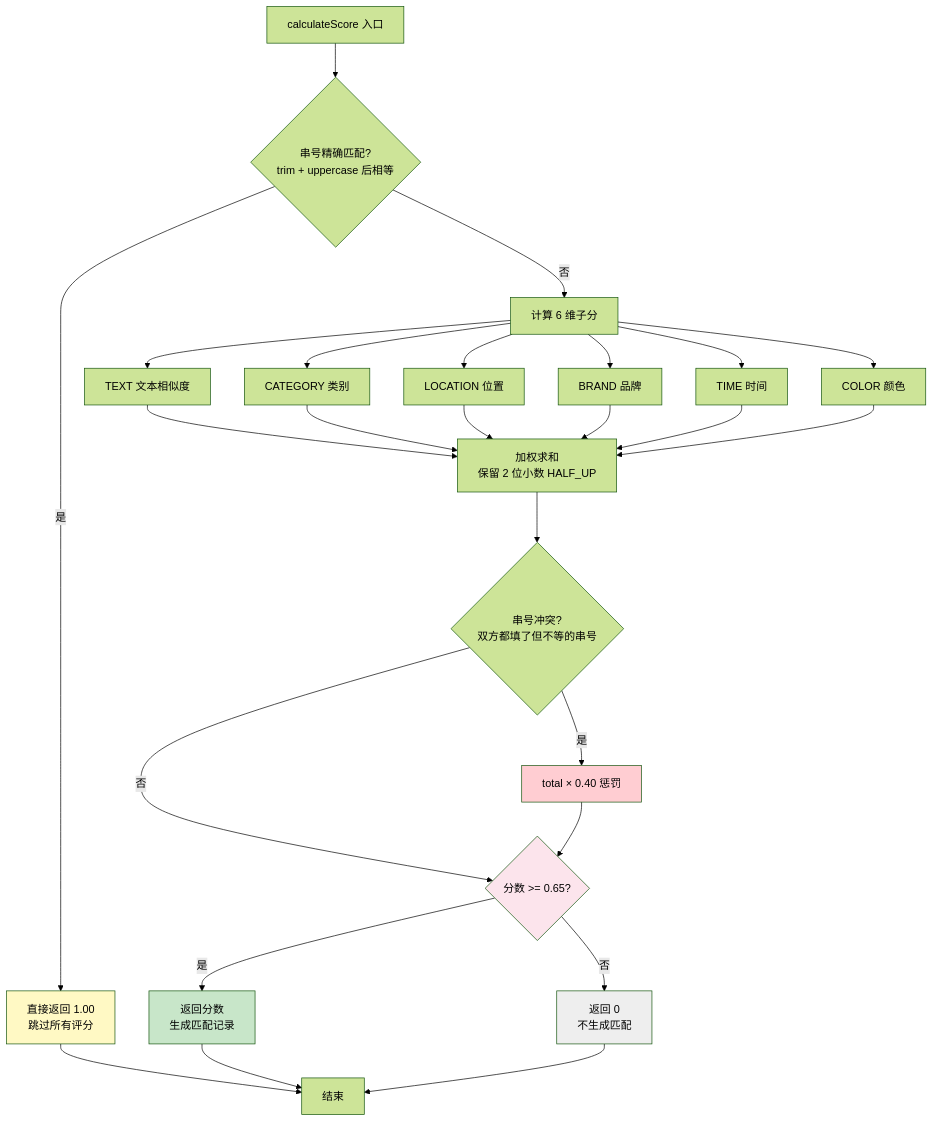
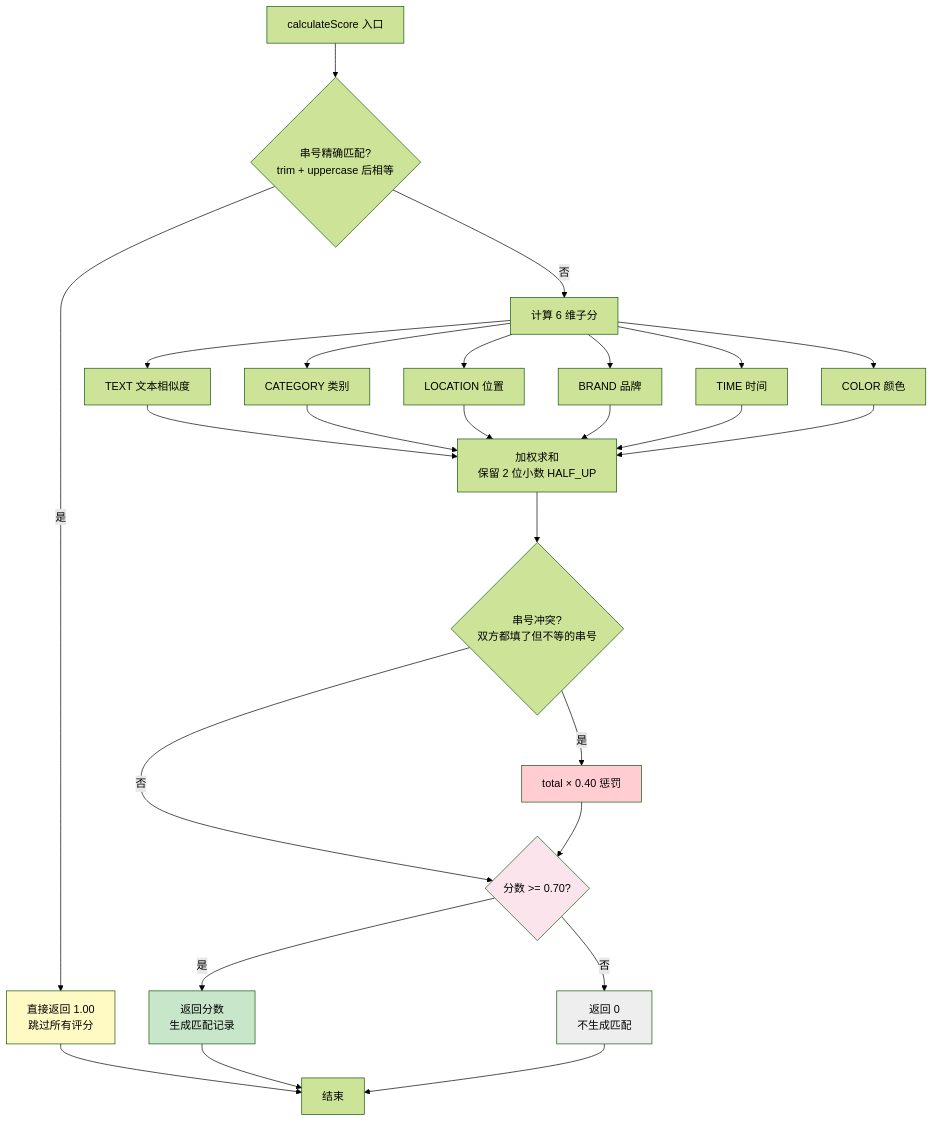
Before and after one commit to zwj-3193655211/campus-LostandFound: diagram 23 of 29 in docs/项目图表.md, drawn with Mermaid (forest theme). The commit also changed other lines of this file, not shown here.

````diff
--- a/docs/项目图表.md
+++ b/docs/项目图表.md
@@ -1117,38 +1095,38 @@
 ```mermaid
 flowchart TD
     Start[calculateScore 入口] --> Serial{串号精确匹配?<br/>trim + uppercase 后相等}
     Serial -->|是| Direct[直接返回 1.00<br/>跳过所有评分]
     Serial -->|否| Dim[计算 6 维子分]
 
     Dim --> S1[TEXT 文本相似度]
     Dim --> S2[CATEGORY 类别]
     Dim --> S3[LOCATION 位置]
     Dim --> S4[BRAND 品牌]
     Dim --> S5[TIME 时间]
     Dim --> S6[COLOR 颜色]
 
     S1 --> Weighted[加权求和<br/>保留 2 位小数 HALF_UP]
     S2 --> Weighted
     S3 --> Weighted
     S4 --> Weighted
     S5 --> Weighted
     S6 --> Weighted
 
     Weighted --> Conflict{串号冲突?<br/>双方都填了但不等的串号}
     Conflict -->|是| Penalize[total × 0.40 惩罚]
     Conflict -->|否| Threshold
-    Penalize --> Threshold{分数 >= 0.65?}
+    Penalize --> Threshold{分数 >= 0.70?}
 
     Threshold -->|是| Return[返回分数<br/>生成匹配记录]
     Threshold -->|否| Zero[返回 0<br/>不生成匹配]
 
     Direct --> End[结束]
     Return --> End
     Zero --> End
 
     style Direct fill:#fff9c4
     style Penalize fill:#ffcdd2
     style Threshold fill:#fce4ec
     style Return fill:#c8e6c9
     style Zero fill:#eeeeee
 ```
````
